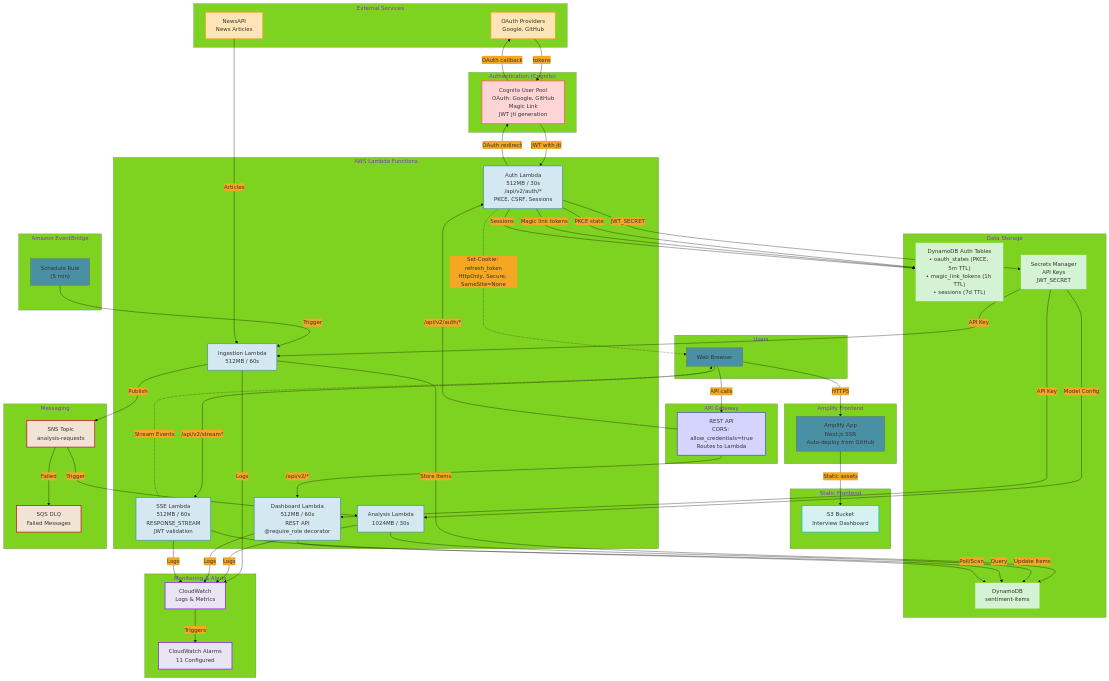
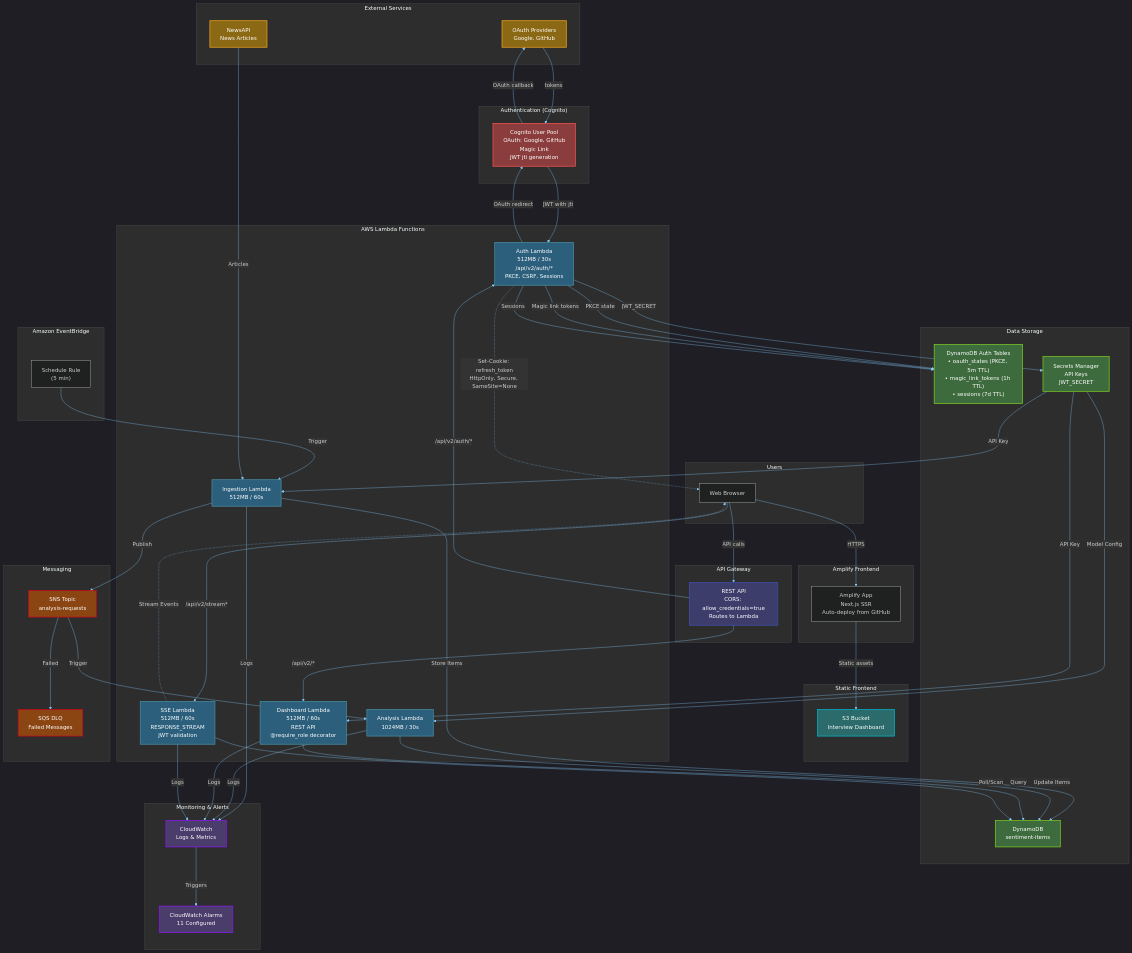
One commit to traylorre/sentiment-analyzer-gsk changed the diagram in docs/diagrams/architecture.mmd. Above: the diagram before and after it, drawn with Mermaid. The commit also changed 2 other files, not shown here.

Commit message:
feat(docs): Apply dark theme to mermaid diagrams for readability
- Update architecture.mmd with v7 dark theme (dark subgraphs, white text)
- Update all 5 README.md mermaid diagrams with consistent dark theme
- Add docs/diagrams/TEMPLATE.md with reusable flowchart/sequence templates
- Include color reference table and mermaid.live URL generation snippet

Theme improvements:
- Dark subgraph backgrounds (#2d2d2d) instead of bright colors
- White text on all nodes (color:#FFFFFF in classDef)
- Light blue connection lines (#88CCFF) for visibility
- Darkened rect backgrounds for sequence diagram sections

```diff
--- a/docs/diagrams/architecture.mmd
+++ b/docs/diagrams/architecture.mmd
@@ -1,122 +1,122 @@
-%%{init: {'theme': 'base', 'themeVariables': { 'primaryColor': '#4A90A4', 'secondaryColor': '#F5A623', 'tertiaryColor': '#7ED321'}}}%%
+%%{init: {"theme": "dark", "themeVariables": {"primaryColor": "#4A90A4", "secondaryColor": "#F5A623", "tertiaryColor": "#2d2d2d", "lineColor": "#88CCFF", "primaryTextColor": "#FFFFFF", "secondaryTextColor": "#FFFFFF", "tertiaryTextColor": "#FFFFFF", "nodeTextColor": "#FFFFFF", "edgeLabelBackground": "#333333", "clusterBkg": "#2d2d2d", "clusterBorder": "#555555"}, "flowchart": {"curve": "basis", "nodeSpacing": 60, "rankSpacing": 100}}}%%
 flowchart TB
     subgraph External["External Services"]
         NewsAPI["NewsAPI<br/>News Articles"]
         OAuthProviders["OAuth Providers<br/>Google, GitHub"]
     end
 
     subgraph EventBridge["Amazon EventBridge"]
         Schedule["Schedule Rule<br/>(5 min)"]
     end
 
     subgraph AmplifyFE["Amplify Frontend"]
         AmplifyApp["Amplify App<br/>Next.js SSR<br/>Auto-deploy from GitHub"]
     end
 
     subgraph APIGateway["API Gateway"]
         APIGW["REST API<br/>CORS: allow_credentials=true<br/>Routes to Lambda"]
     end
 
     subgraph Frontend["Static Frontend"]
         S3["S3 Bucket<br/>Interview Dashboard"]
     end
 
     subgraph Auth["Authentication (Cognito)"]
         Cognito["Cognito User Pool<br/>OAuth: Google, GitHub<br/>Magic Link<br/>JWT jti generation"]
     end
 
     subgraph Lambda["AWS Lambda Functions"]
         Ingestion["Ingestion Lambda<br/>512MB / 60s"]
         Analysis["Analysis Lambda<br/>1024MB / 30s"]
         AuthLambda["Auth Lambda<br/>512MB / 30s<br/>/api/v2/auth/*<br/>PKCE, CSRF, Sessions"]
         Dashboard["Dashboard Lambda<br/>512MB / 60s<br/>REST API<br/>@require_role decorator"]
         SSE["SSE Lambda<br/>512MB / 60s<br/>RESPONSE_STREAM<br/>JWT validation"]
     end
 
     subgraph Storage["Data Storage"]
         DynamoDB["DynamoDB<br/>sentiment-items"]
         AuthTables["DynamoDB Auth Tables<br/>• oauth_states (PKCE, 5m TTL)<br/>• magic_link_tokens (1h TTL)<br/>• sessions (7d TTL)"]
         Secrets["Secrets Manager<br/>API Keys<br/>JWT_SECRET"]
     end
 
     subgraph Messaging["Messaging"]
         SNS["SNS Topic<br/>analysis-requests"]
         DLQ["SQS DLQ<br/>Failed Messages"]
     end
 
     subgraph Monitoring["Monitoring & Alerts"]
         CloudWatch["CloudWatch<br/>Logs & Metrics"]
         Alarms["CloudWatch Alarms<br/>11 Configured"]
     end
 
     subgraph Users["Users"]
         Browser["Web Browser"]
     end
 
     %% User Request Flow (via Amplify + Lambda Function URLs)
     Browser -->|HTTPS| AmplifyApp
     AmplifyApp -->|Static assets| S3
     Browser -->|API calls| APIGW
     APIGW -->|"/api/v2/auth/*"| AuthLambda
     APIGW -->|"/api/v2/*"| Dashboard
     Browser -->|"/api/v2/stream*"| SSE
 
     %% Authentication Flow
     AuthLambda -->|OAuth redirect| Cognito
     Cognito -->|OAuth callback| OAuthProviders
     OAuthProviders -->|tokens| Cognito
     Cognito -->|JWT with jti| AuthLambda
     AuthLambda -->|PKCE state| AuthTables
     AuthLambda -->|Magic link tokens| AuthTables
     AuthLambda -->|Sessions| AuthTables
     AuthLambda -->|JWT_SECRET| Secrets
     AuthLambda -.->|Set-Cookie: refresh_token<br/>HttpOnly, Secure, SameSite=None| Browser
 
     %% Data Ingestion Flow
     Schedule -->|Trigger| Ingestion
     NewsAPI -->|Articles| Ingestion
     Secrets -->|API Key| Ingestion
     Ingestion -->|Store Items| DynamoDB
     Ingestion -->|Publish| SNS
 
     %% Analysis Flow
     SNS -->|Trigger| Analysis
     SNS -->|Failed| DLQ
     Analysis -->|Update Items| DynamoDB
     Secrets -->|Model Config| Analysis
 
     %% API Flow
     Dashboard -->|Query| DynamoDB
     Secrets -->|API Key| Dashboard
 
     %% SSE Streaming Flow
     SSE -->|Poll/Scan| DynamoDB
     SSE -.->|Stream Events| Browser
 
     %% Monitoring
     Ingestion -->|Logs| CloudWatch
     Analysis -->|Logs| CloudWatch
     Dashboard -->|Logs| CloudWatch
     SSE -->|Logs| CloudWatch
     CloudWatch -->|Triggers| Alarms
 
-    %% Styling
-    classDef external fill:#FFE4B5,stroke:#F5A623,stroke-width:2px
-    classDef lambda fill:#D4E8F2,stroke:#4A90A4,stroke-width:2px
-    classDef storage fill:#D4F2D4,stroke:#7ED321,stroke-width:2px
-    classDef messaging fill:#F2E4D4,stroke:#D0021B,stroke-width:2px
-    classDef monitoring fill:#E8E4F2,stroke:#9013FE,stroke-width:2px
-    classDef cdn fill:#F2D4E8,stroke:#E91E63,stroke-width:2px
-    classDef frontend fill:#D4F2F2,stroke:#00BCD4,stroke-width:2px
-    classDef auth fill:#FFD4D4,stroke:#FF5252,stroke-width:2px
-    classDef gateway fill:#D4D4FF,stroke:#3F51B5,stroke-width:2px
+    %% Styling - Dark theme with white text
+    classDef external fill:#8B6914,stroke:#F5A623,stroke-width:2px,color:#FFFFFF
+    classDef lambda fill:#2B5F7C,stroke:#4A90A4,stroke-width:2px,color:#FFFFFF
+    classDef storage fill:#3D6B3D,stroke:#7ED321,stroke-width:2px,color:#FFFFFF
+    classDef messaging fill:#8B4513,stroke:#D0021B,stroke-width:2px,color:#FFFFFF
+    classDef monitoring fill:#4B3D6B,stroke:#9013FE,stroke-width:2px,color:#FFFFFF
+    classDef cdn fill:#6B3D5C,stroke:#E91E63,stroke-width:2px,color:#FFFFFF
+    classDef frontend fill:#2B6B6B,stroke:#00BCD4,stroke-width:2px,color:#FFFFFF
+    classDef auth fill:#8B3D3D,stroke:#FF5252,stroke-width:2px,color:#FFFFFF
+    classDef gateway fill:#3D3D6B,stroke:#3F51B5,stroke-width:2px,color:#FFFFFF
 
     class NewsAPI,OAuthProviders external
     class Ingestion,Analysis,AuthLambda,Dashboard,SSE lambda
     class DynamoDB,AuthTables,Secrets storage
     class SNS,DLQ messaging
     class CloudWatch,Alarms monitoring
     class CF cdn
     class S3 frontend
     class Cognito auth
     class APIGW gateway
```
